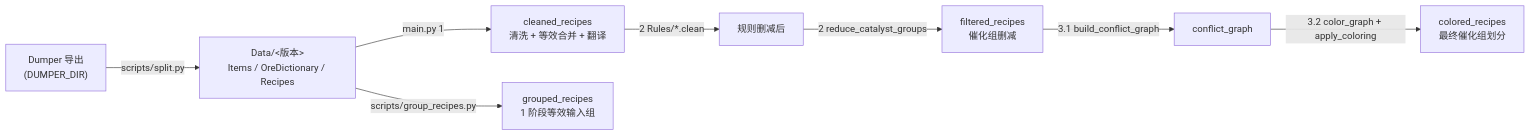
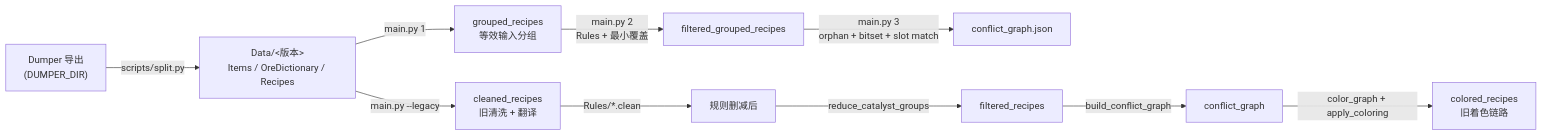
The diagram in README.md (GTNH-Huijiwiki/GTNH-Recipe-Check), drawn with Mermaid before and after one commit. The commit also changed other lines of this file and 23 other files, not shown here.

````diff
--- a/README.md
+++ b/README.md
@@ -184,10 +238,12 @@
 ```mermaid
 flowchart LR
     A["Dumper 导出<br/>(DUMPER_DIR)"] -->|scripts/split.py| B["Data/&lt;版本&gt;<br/>Items / OreDictionary / Recipes"]
-    B -->|main.py 1| C["cleaned_recipes<br/>清洗 + 等效合并 + 翻译"]
-    B -->|scripts/group_recipes.py| H["grouped_recipes<br/>1 阶段等效输入组"]
-    C -->|2 Rules/*.clean| D["规则删减后"]
-    D -->|2 reduce_catalyst_groups| E["filtered_recipes<br/>催化组删减"]
-    E -->|3.1 build_conflict_graph| F["conflict_graph"]
-    F -->|3.2 color_graph + apply_coloring| G["colored_recipes<br/>最终催化组划分"]
+    B -->|main.py 1| H["grouped_recipes<br/>等效输入分组"]
+    H -->|main.py 2<br/>Rules + 最小覆盖| I["filtered_grouped_recipes"]
+    I -->|main.py 3<br/>orphan + bitset + slot match| J["conflict_graph.json"]
+    B -->|main.py --legacy| C["cleaned_recipes<br/>旧清洗 + 翻译"]
+    C -->|Rules/*.clean| D["规则删减后"]
+    D -->|reduce_catalyst_groups| E["filtered_recipes"]
+    E -->|build_conflict_graph| F["conflict_graph"]
+    F -->|color_graph + apply_coloring| G["colored_recipes<br/>旧着色链路"]
 ```
````
